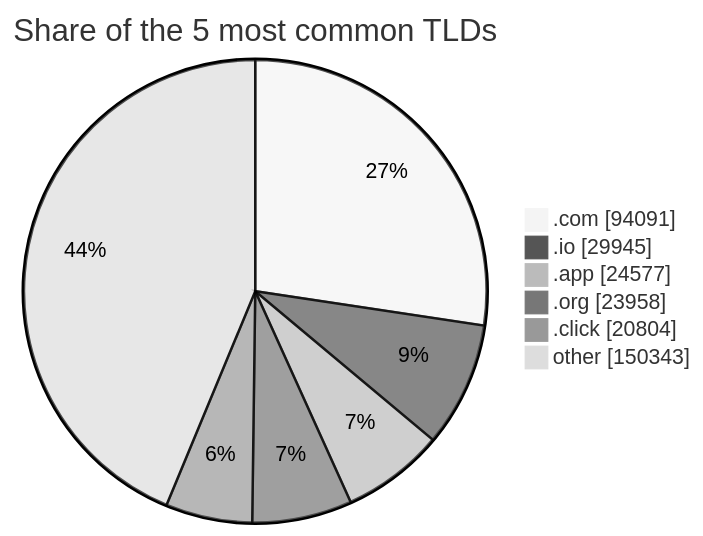
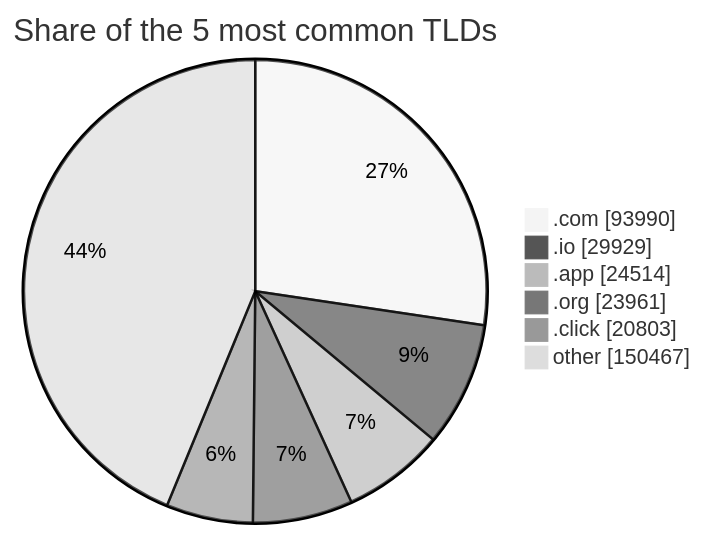
Before and after one commit to DNSBunker/CTI: the third of 3 diagrams in README.md, drawn with Mermaid (neutral theme). The commit also changed other lines of this file and 4 other files, not shown here.

````diff
--- a/README.md
+++ b/README.md
@@ -81,9 +81,9 @@
 ```mermaid
 pie showData title Share of the 5 most common TLDs
-    ".com" : 94091
-    ".io" : 29945
-    ".app" : 24577
-    ".org" : 23958
-    ".click" : 20804
-    "other" : 150343
+    ".com" : 93990
+    ".io" : 29929
+    ".app" : 24514
+    ".org" : 23961
+    ".click" : 20803
+    "other" : 150467
 ```
````
